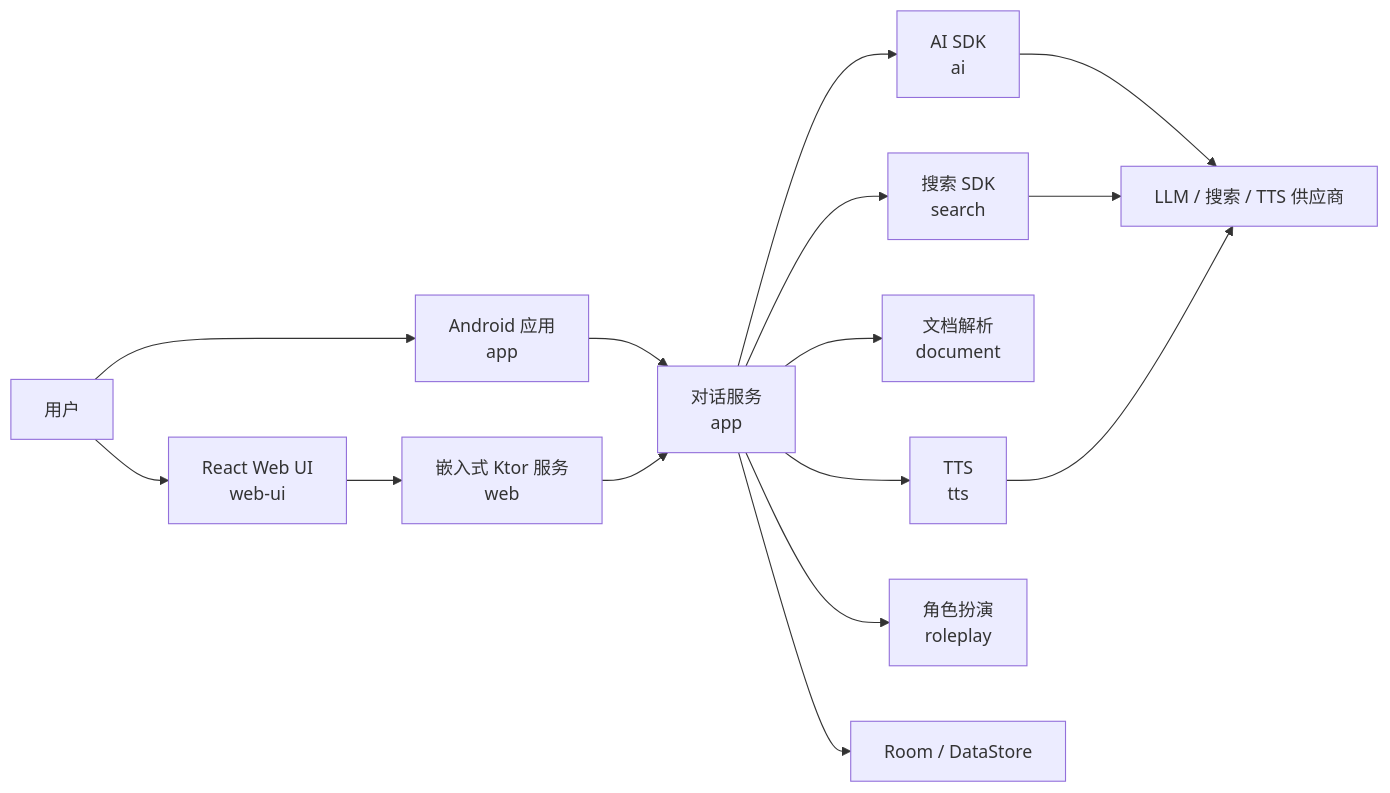
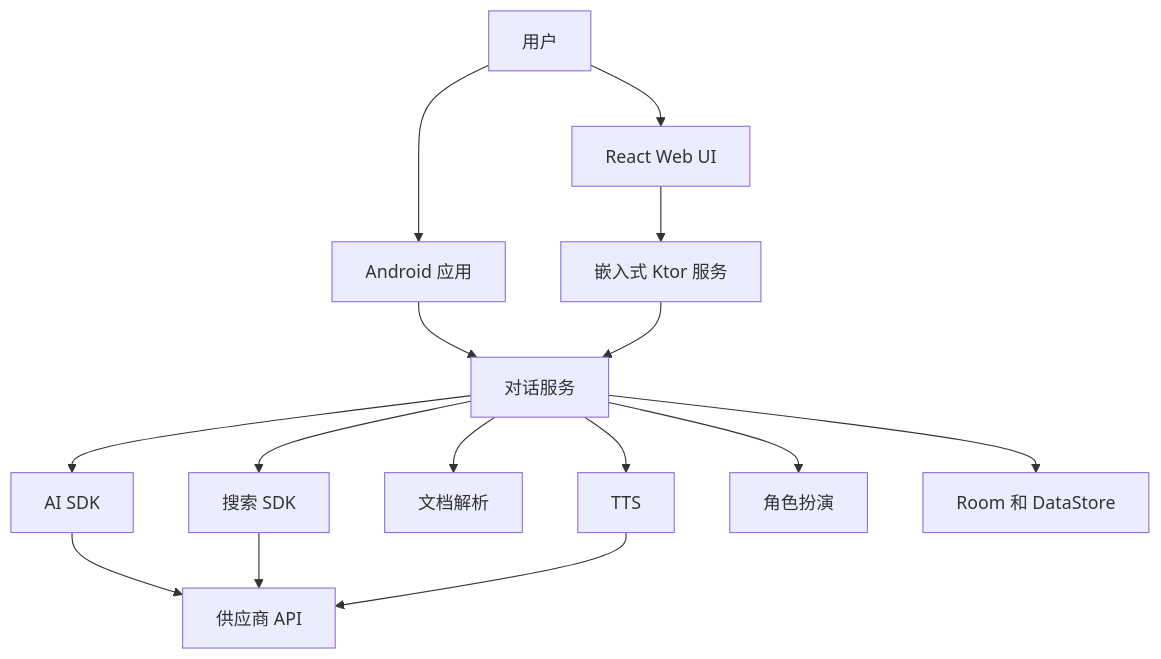
The second of 7 diagrams in README_ZH_CN.md (EterUltimate/EterUee), drawn with Mermaid before and after one commit. The commit also changed other lines of this file and 2 other files, not shown here.

Commit message:
docs: make README diagrams GitHub-safe

````diff
--- a/README_ZH_CN.md
+++ b/README_ZH_CN.md
@@ -88,30 +88,30 @@
 ```mermaid
-flowchart LR
-    User["用户"]
-    Android["Android 应用\napp"]
-    WebUI["React Web UI\nweb-ui"]
-    WebServer["嵌入式 Ktor 服务\nweb"]
-    Conversation["对话服务\napp"]
-    AI["AI SDK\nai"]
-    Search["搜索 SDK\nsearch"]
-    Docs["文档解析\ndocument"]
-    TTS["TTS\ntts"]
-    Roleplay["角色扮演\nroleplay"]
-    Store["Room / DataStore"]
-    Provider["LLM / 搜索 / TTS 供应商"]
+graph TD
+    User[用户]
+    Android[Android 应用]
+    WebUI[React Web UI]
+    WebServer[嵌入式 Ktor 服务]
+    Conversation[对话服务]
+    AI[AI SDK]
+    Search[搜索 SDK]
+    Docs[文档解析]
+    TTS[TTS]
+    Roleplay[角色扮演]
+    Store[Room 和 DataStore]
+    Provider[供应商 API]
 
     User --> Android
     User --> WebUI
     WebUI --> WebServer
     Android --> Conversation
     WebServer --> Conversation
     Conversation --> AI
     Conversation --> Search
     Conversation --> Docs
     Conversation --> TTS
     Conversation --> Roleplay
     Conversation --> Store
     AI --> Provider
     Search --> Provider
     TTS --> Provider
 ```
````
